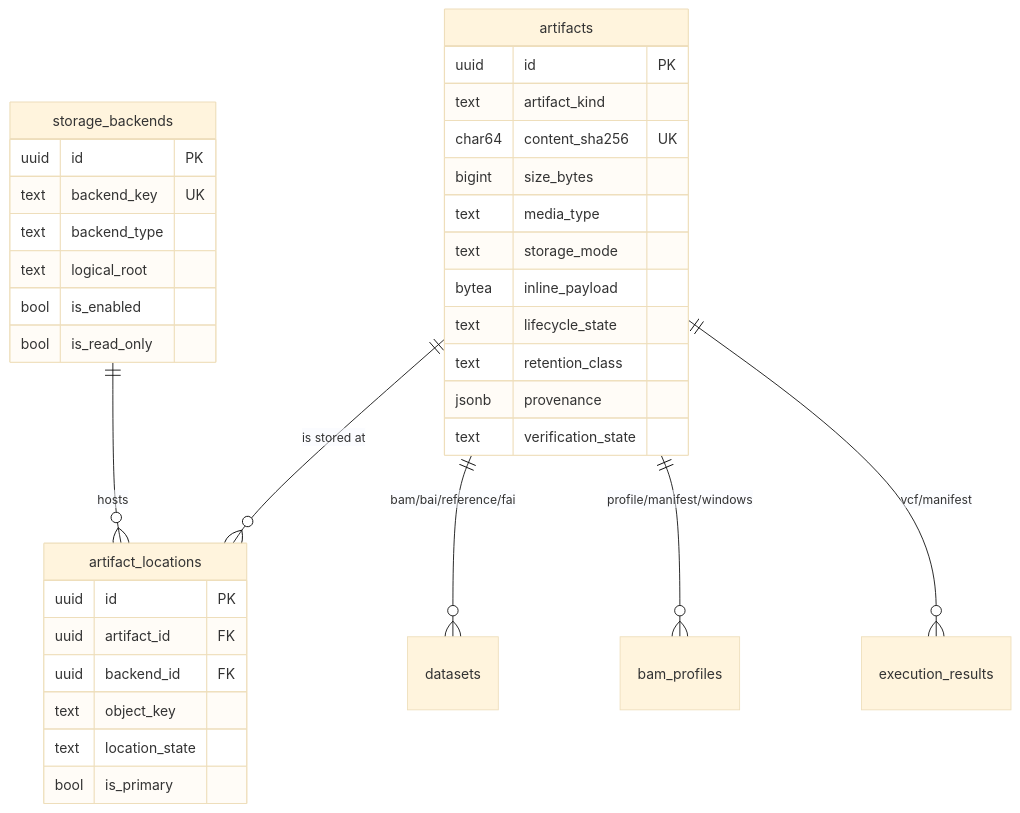
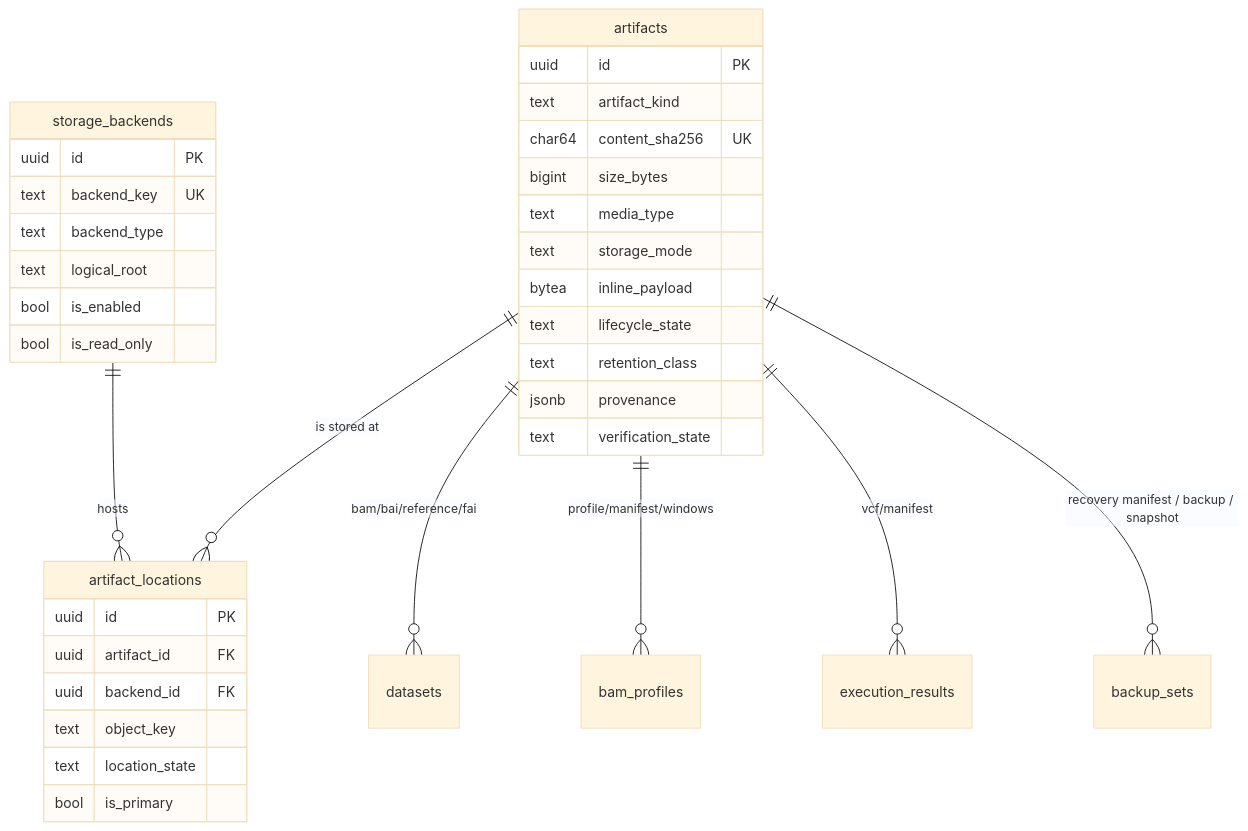
Before and after one commit to bomb707/minos_engine: the second of 5 diagrams in docs/database/MINOS_DATABASE_V2_ERD.md, drawn with Mermaid (base theme). The commit also changed other lines of this file and 8 other files, not shown here.

First line of the commit message:
DB-V2 D1.3: close the recovery-manifest and stale-runbook defects

````diff
--- a/docs/database/MINOS_DATABASE_V2_ERD.md
+++ b/docs/database/MINOS_DATABASE_V2_ERD.md
@@ -134,38 +134,39 @@
 ```mermaid
 erDiagram
   storage_backends ||--o{ artifact_locations : "hosts"
   artifacts        ||--o{ artifact_locations : "is stored at"
   artifacts        ||--o{ datasets           : "bam/bai/reference/fai"
   artifacts        ||--o{ bam_profiles       : "profile/manifest/windows"
   artifacts        ||--o{ execution_results  : "vcf/manifest"
+  artifacts        ||--o{ backup_sets        : "recovery manifest / backup / snapshot"
 
   storage_backends {
     uuid id PK
     text backend_key UK
     text backend_type
     text logical_root
     bool is_enabled
     bool is_read_only
   }
   artifacts {
     uuid   id PK
     text   artifact_kind
     char64 content_sha256 UK
     bigint size_bytes
     text   media_type
     text   storage_mode
     bytea  inline_payload
     text   lifecycle_state
     text   retention_class
     jsonb  provenance
     text   verification_state
   }
   artifact_locations {
     uuid id PK
     uuid artifact_id FK
     uuid backend_id FK
     text object_key
     text location_state
     bool is_primary
   }
 ```
````
